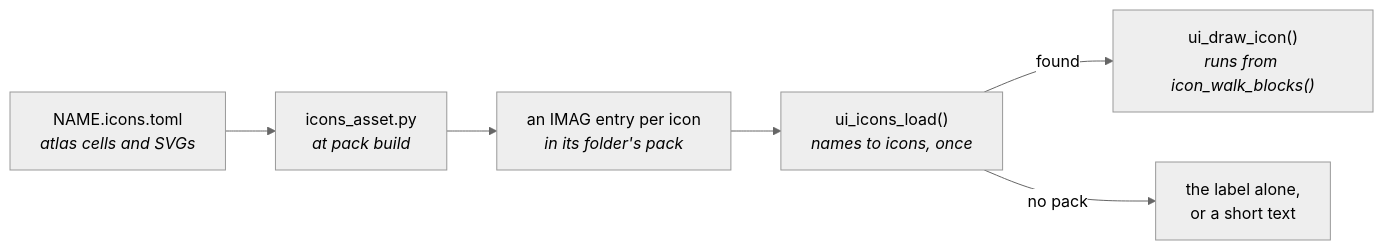
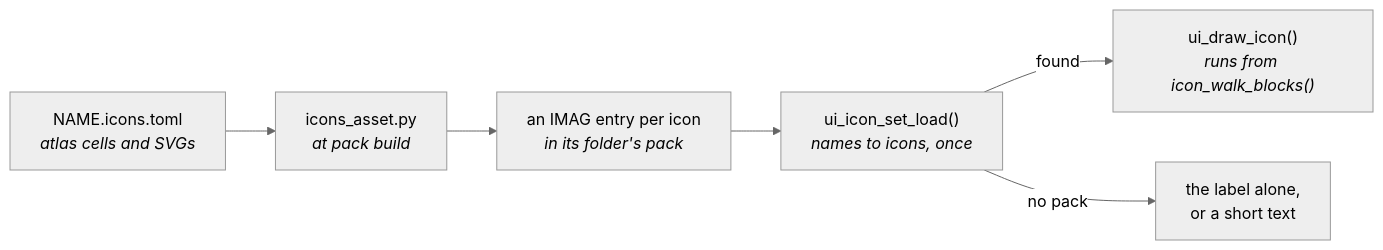
The diagram in docs/tools/Icon-Baker.md (jose-villegas/autana), drawn with Mermaid (neutral theme) before and after one commit. The commit also changed other lines of this file and 17 other files, not shown here.

Commit message:
icons: one icon set object for the engine and every app (ui_icon_set_t); the system set loads at ui_init

````diff
--- a/docs/tools/Icon-Baker.md
+++ b/docs/tools/Icon-Baker.md
@@ -10,8 +10,8 @@
 ```mermaid
 flowchart LR
     Source["NAME.icons.toml<br/><i>atlas cells and SVGs</i>"] --> Bake["icons_asset.py<br/><i>at pack build</i>"]
     Bake --> Entry["an IMAG entry per icon<br/><i>in its folder's pack</i>"]
-    Entry --> Load["ui_icons_load()<br/><i>names to icons, once</i>"]
+    Entry --> Load["ui_icon_set_load()<br/><i>names to icons, once</i>"]
     Load -->|found| Draw["ui_draw_icon()<br/><i>runs from icon_walk_blocks()</i>"]
     Load -->|"no pack"| Text["the label alone,<br/>or a short text"]
 ```
````
